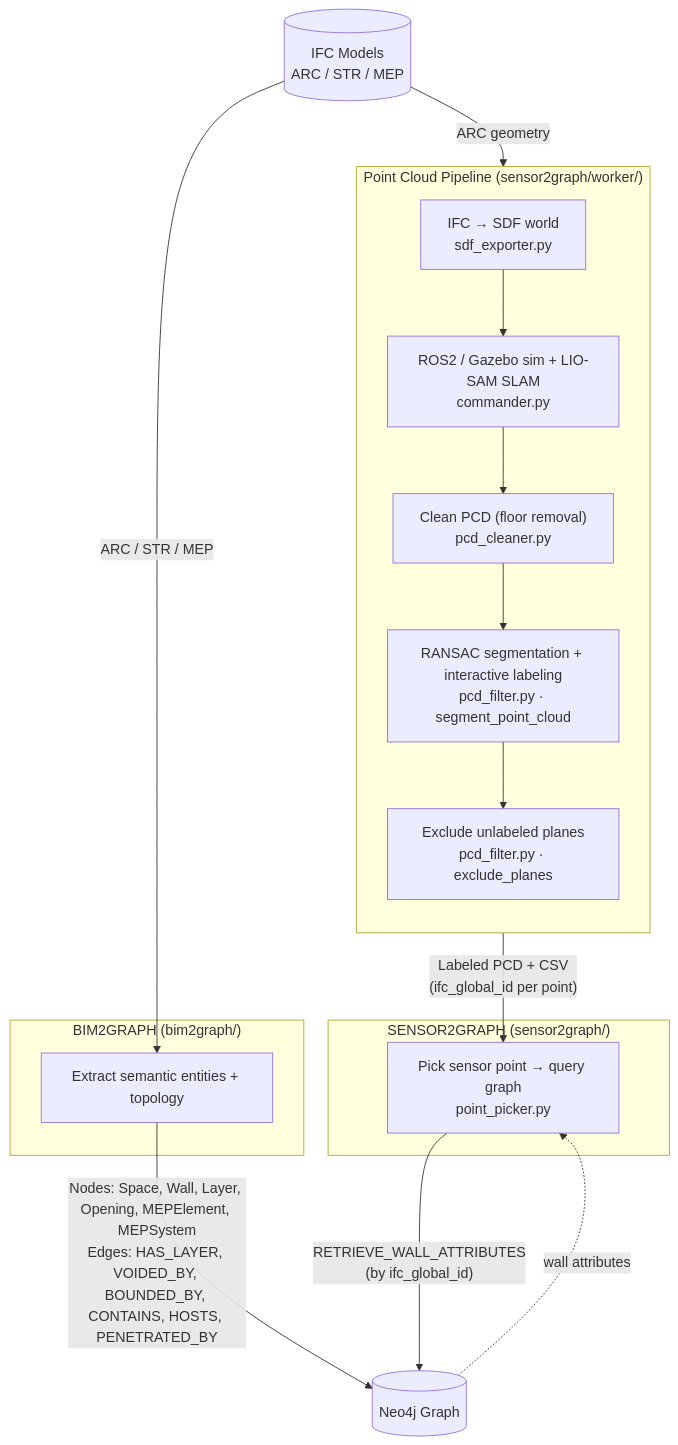
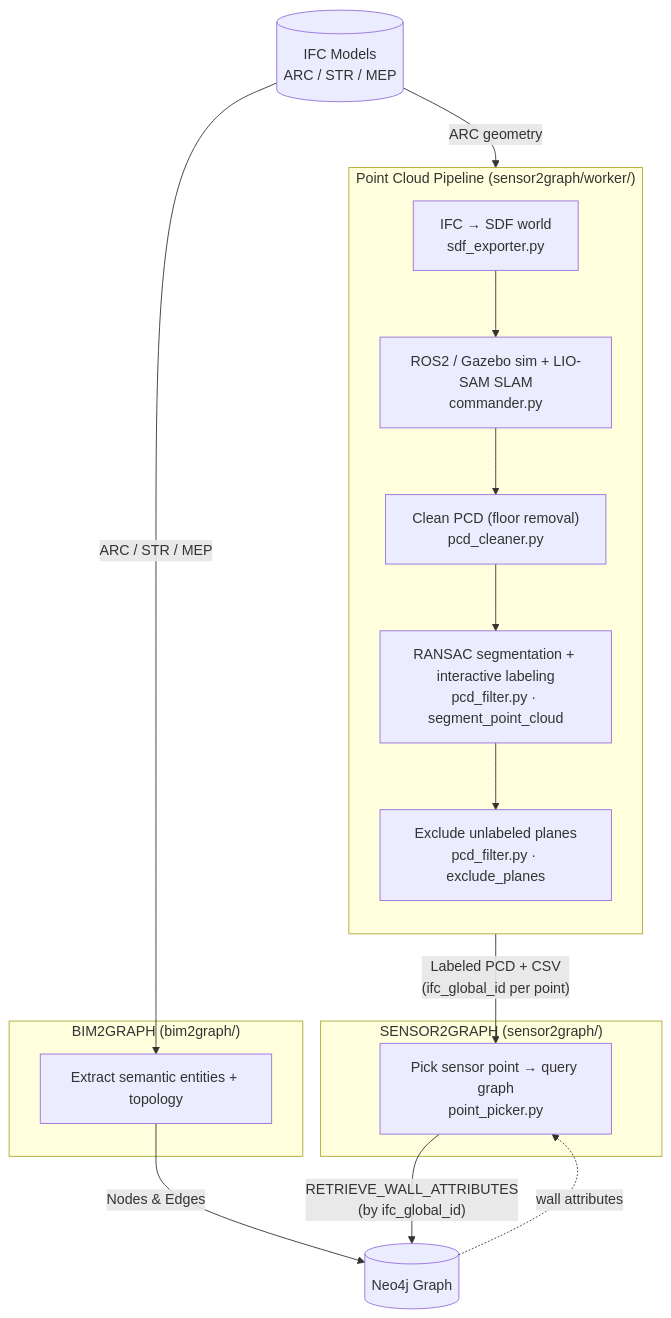
The diagram in README.md (GunwoongBang/bim3dscenegraph), drawn with Mermaid before and after one commit. The commit also changed other lines of this file and 2 other files, not shown here.

````diff
--- a/README.md
+++ b/README.md
@@ -46,32 +46,31 @@
 ```mermaid
 flowchart TB
     IFC[("IFC Models\nARC / STR / MEP")]
 
     subgraph BIM2GRAPH["BIM2GRAPH  (bim2graph/)"]
         B2G["Extract semantic entities + topology"]
     end
 
     NEO4J[("Neo4j Graph")]
 
     subgraph PCP["Point Cloud Pipeline  (sensor2graph/worker/)"]
         direction TB
         SDF["IFC → SDF world\nsdf_exporter.py"]
         SIM["ROS2 / Gazebo sim + LIO-SAM SLAM\ncommander.py"]
         CLEAN["Clean PCD (floor removal)\npcd_cleaner.py"]
         SEG["RANSAC segmentation + interactive labeling\npcd_filter.py · segment_point_cloud"]
         EXC["Exclude unlabeled planes\npcd_filter.py · exclude_planes"]
         SDF --> SIM --> CLEAN --> SEG --> EXC
     end
 
     subgraph SENSOR2GRAPH["SENSOR2GRAPH  (sensor2graph/)"]
         S2G["Pick sensor point → query graph\npoint_picker.py"]
     end
 
     IFC -->|ARC / STR / MEP| B2G
-    B2G -->|"Nodes: Space, Wall, Layer, Opening, MEPElement, MEPSystem\nEdges: HAS_LAYER, VOIDED_BY, BOUNDED_BY, CONTAINS, HOSTS, PENETRATED_BY"| NEO4J
-
+    B2G -->|"Nodes & Edges"| NEO4J
     IFC -->|ARC geometry| SDF
     EXC -->|"Labeled PCD + CSV\n(ifc_global_id per point)"| S2G
     S2G -->|"RETRIEVE_WALL_ATTRIBUTES\n(by ifc_global_id)"| NEO4J
     NEO4J -.->|wall attributes| S2G
 ```
````
